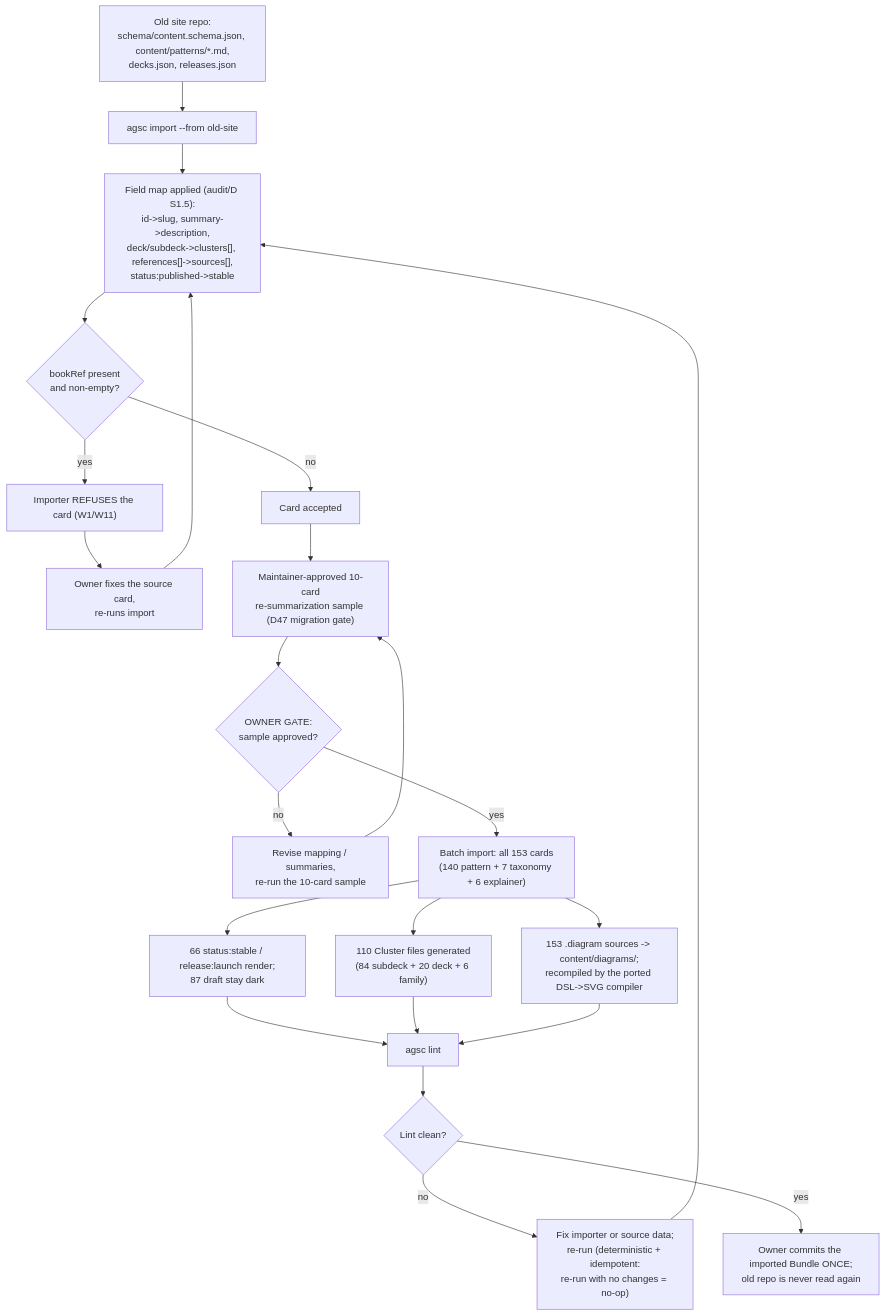
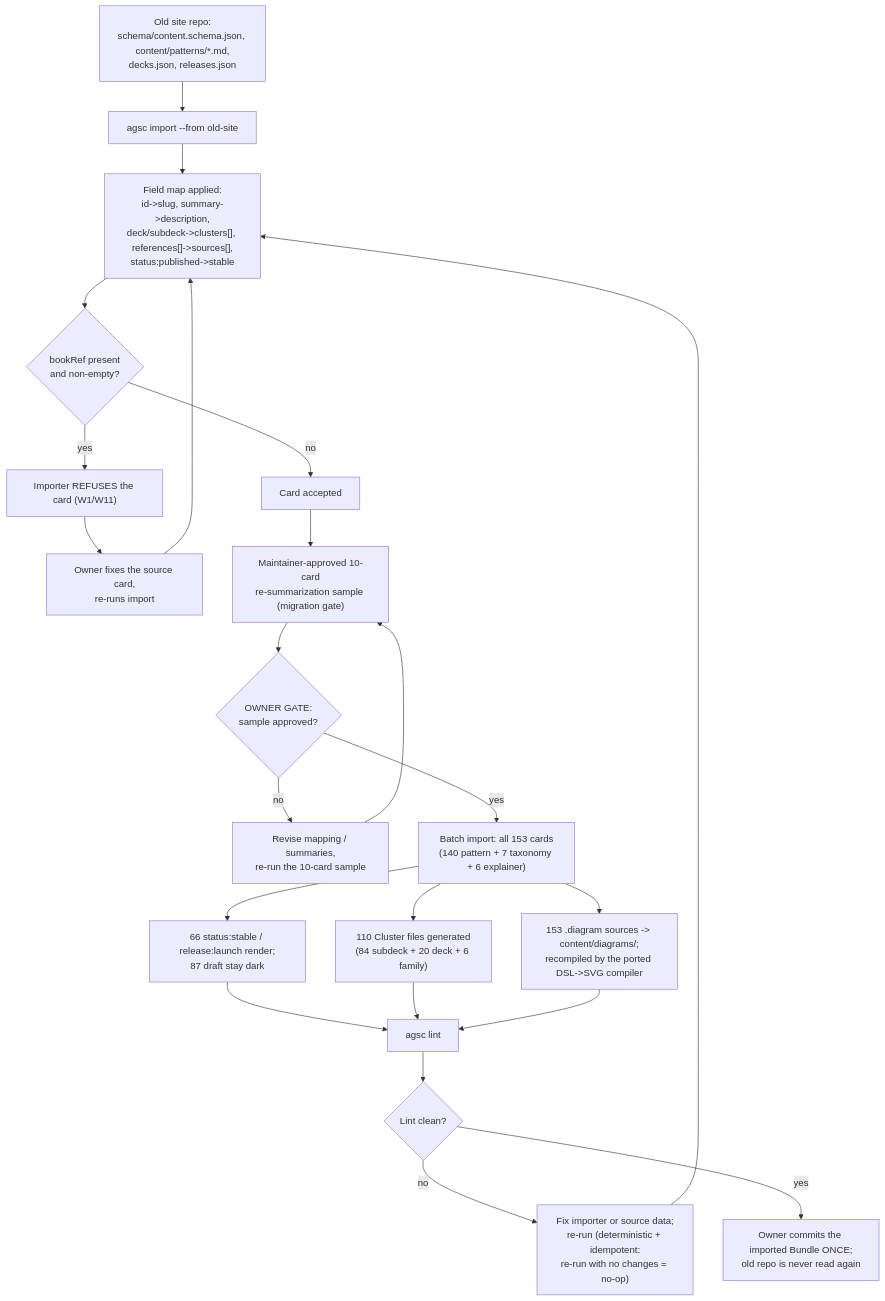
One commit to andreibesleaga/agentic-system-core changed the diagram in docs/diagrams/workflow-migration.md. Above: the diagram before and after it, drawn with Mermaid. The commit also changed other lines of this file and 386 other files, not shown here.

````diff
--- a/docs/diagrams/workflow-migration.md
+++ b/docs/diagrams/workflow-migration.md
@@ -5,29 +5,29 @@
 ```mermaid
 flowchart TD
   A["Old site repo:\nschema/content.schema.json, content/patterns/*.md,\ndecks.json, releases.json"]
   A --> B["agsc import --from old-site <path-to-old-site-repo>"]
-  B --> C["Field map applied (audit/D S1.5):\nid->slug, summary->description,\ndeck/subdeck->clusters[], references[]->sources[],\nstatus:published->stable"]
+  B --> C["Field map applied:\nid->slug, summary->description,\ndeck/subdeck->clusters[], references[]->sources[],\nstatus:published->stable"]
   C --> D{"bookRef present\nand non-empty?"}
   D -- yes --> E["Importer REFUSES the card (W1/W11)"]
   E --> G["Owner fixes the source card,\nre-runs import"]
   G --> C
   D -- no --> F["Card accepted"]
 
-  F --> H["Maintainer-approved 10-card\nre-summarization sample (D47 migration gate)"]
+  F --> H["Maintainer-approved 10-card\nre-summarization sample (migration gate)"]
   H --> I{"OWNER GATE:\nsample approved?"}
   I -- no --> J["Revise mapping / summaries,\nre-run the 10-card sample"]
   J --> H
   I -- yes --> K["Batch import: all 153 cards\n(140 pattern + 7 taxonomy + 6 explainer)"]
 
   K --> L["66 status:stable / release:launch render;\n87 draft stay dark"]
   K --> M["110 Cluster files generated\n(84 subdeck + 20 deck + 6 family)"]
   K --> N["153 .diagram sources -> content/diagrams/;\nrecompiled by the ported DSL->SVG compiler"]
 
   L --> O["agsc lint"]
   M --> O
   N --> O
   O --> P{"Lint clean?"}
   P -- no --> Q["Fix importer or source data;\nre-run (deterministic + idempotent:\nre-run with no changes = no-op)"]
   Q --> C
   P -- yes --> R["Owner commits the imported Bundle ONCE;\nold repo is never read again"]
 ```
````
